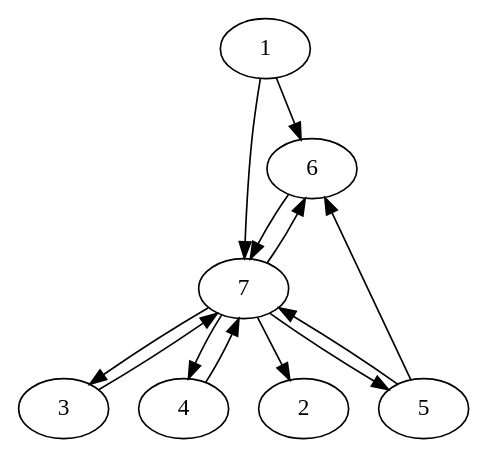
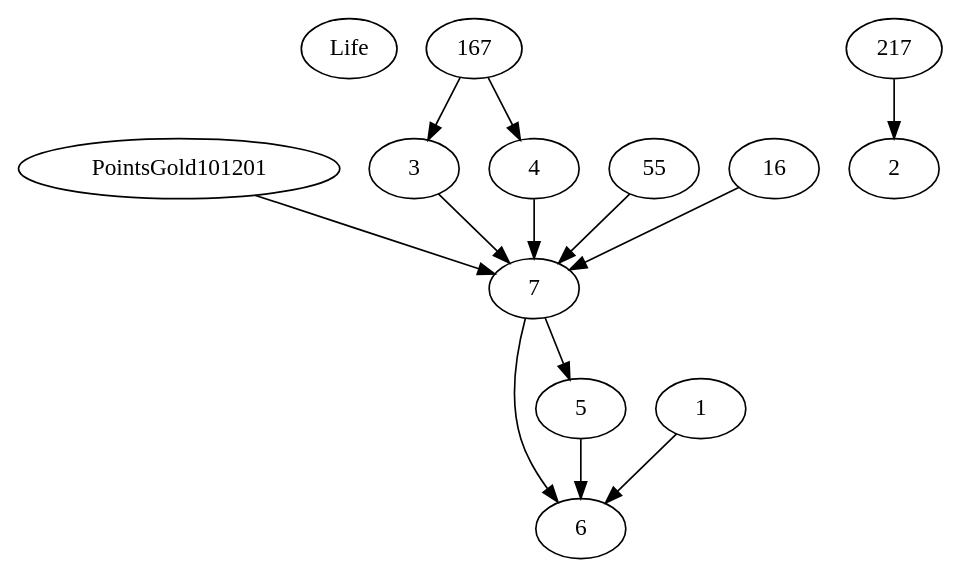
The diagram in expected/counters.dot (lifelike/gamebookformat), drawn with Graphviz before and after one commit. The commit also changed 14 other files, not shown here.

```diff
--- a/expected/counters.dot
+++ b/expected/counters.dot
@@ -1,21 +1,15 @@
 digraph gamebook {
 
- 1->6
-
-1->7
+ Life PointsGold101201->7
+1->6
 3->7
 4->7
-5->7
-
+55->7
 5->6
-6->7
+16->7
+217->2
+7->6
 7->5
-
-7->6
-
-7->3
-
-7->4
-
-7->2
+167->3
+167->4
 }
```
